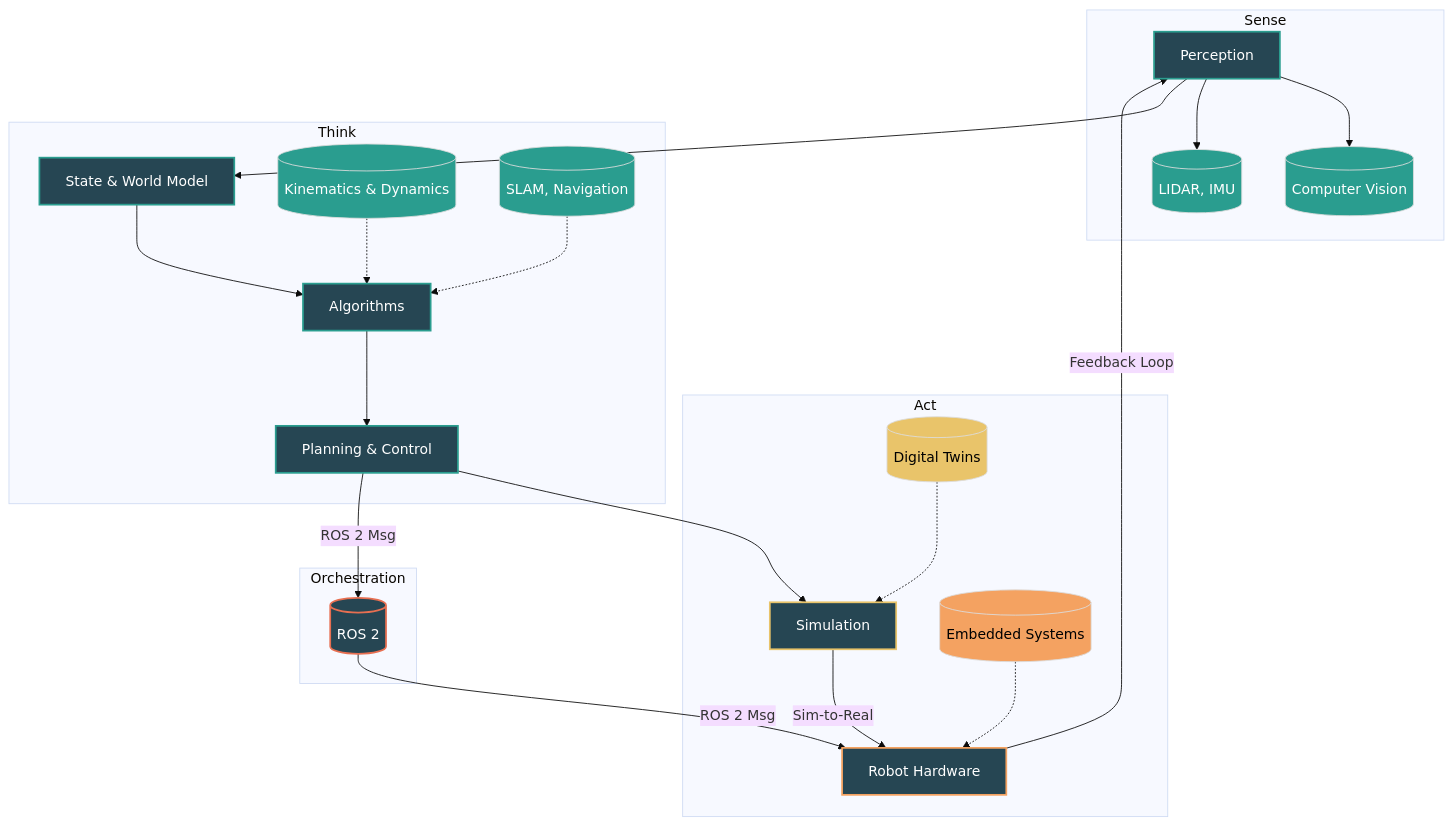
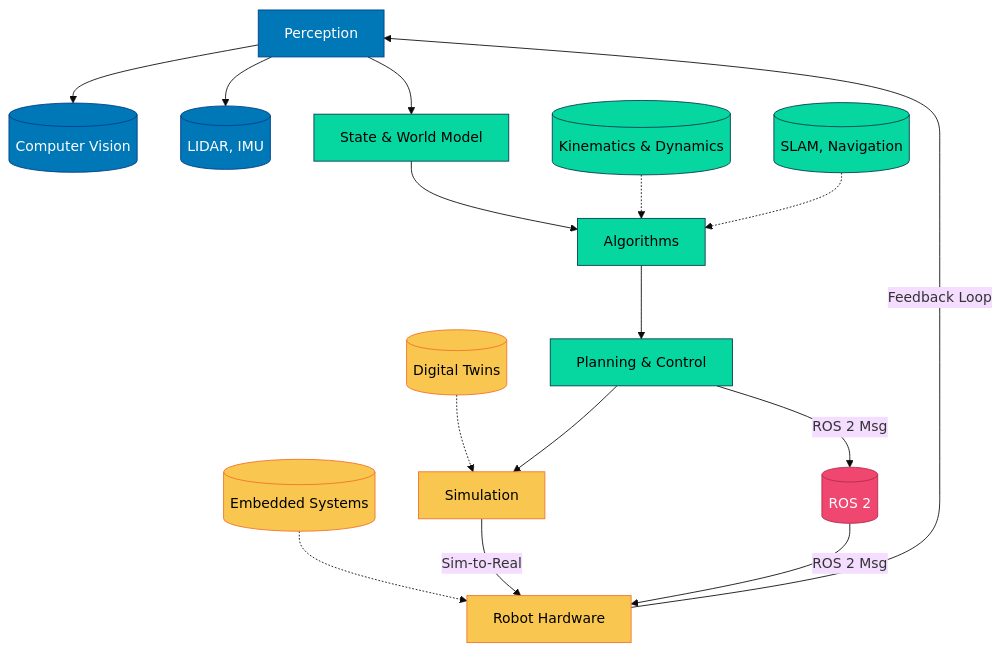
The diagram in README.md (devwithchai/devwithchai), drawn with Mermaid (base theme) before and after one commit.

Commit message:
Refactor mermaid diagram in README.md
Updated mermaid diagram styles and structure in README.

````diff
--- a/README.md
+++ b/README.md
@@ -116,64 +116,50 @@
 ```mermaid
 graph TD
-    subgraph "Sense"
-        A[Perception]
-        A_CV[(Computer Vision)]
-        A_LIDAR[(LIDAR, IMU)]
-        A --> A_CV
-        A --> A_LIDAR
-    end
+    A[Perception]
+    A_CV[(Computer Vision)]
+    A_LIDAR[(LIDAR, IMU)]
+    A --> A_CV
+    A --> A_LIDAR
 
-    subgraph "Think"
-        B[State & World Model]
-        C[Algorithms]
-        D[Planning & Control]
-        B --> C
-        C --> D
-        C_KD[("Kinematics & Dynamics")] -.-> C
-        C_SLAM[("SLAM, Navigation")] -.-> C
-    end
+    B[State & World Model]
+    C[Algorithms]
+    D[Planning & Control]
+    B --> C
+    C --> D
+    C_KD[("Kinematics & Dynamics")] -.-> C
+    C_SLAM[("SLAM, Navigation")] -.-> C
 
-    subgraph "Act"
-        E[Simulation]
-        F[Robot Hardware]
-        E_DT[(Digital Twins)] -.-> E
-        F_ES[(Embedded Systems)] -.-> F
-    end
+    E[Simulation]
+    F[Robot Hardware]
+    E_DT[(Digital Twins)] -.-> E
+    F_ES[(Embedded Systems)] -.-> F
 
-    subgraph "Orchestration"
-        ROS2[("ROS 2")]
-    end
+    ROS2[("ROS 2")]
 
     A --> B
     D --> E
     E -- "Sim-to-Real" --> F
     F -- "Feedback Loop" --> A
 
     D -- "ROS 2 Msg" --> ROS2
     ROS2 -- "ROS 2 Msg" --> F
 
-    %% Main process nodes
-    style A fill:#264653,stroke:#2A9D8F,stroke-width:2px,color:#fff
-    style B fill:#264653,stroke:#2A9D8F,stroke-width:2px,color:#fff
-    style C fill:#264653,stroke:#2A9D8F,stroke-width:2px,color:#fff
-    style D fill:#264653,stroke:#2A9D8F,stroke-width:2px,color:#fff
-    style E fill:#264653,stroke:#E9C46A,stroke-width:2px,color:#fff
-    style F fill:#264653,stroke:#F4A261,stroke-width:2px,color:#fff
-    style ROS2 fill:#264653,stroke:#E76F51,stroke-width:2px,color:#fff
-
-    %% Sub-item nodes
-    style A_CV fill:#2A9D8F,color:#fff
-    style A_LIDAR fill:#2A9D8F,color:#fff
-    style C_KD fill:#2A9D8F,color:#fff
-    style C_SLAM fill:#2A9D8F,color:#fff
-    style E_DT fill:#E9C46A,color:#000
-    style F_ES fill:#F4A261,color:#000
-
     %% Clickable links
     click C_KD "https://github.com/devwithchai/OpenKinematics" "View OpenKinematics repository" _blank
     click C_SLAM "https://github.com/devwithchai/MobileRobotics" "View Mobile Robotics repository" _blank
     click F_ES "https://github.com/devwithchai/MobileRobotics" "View Mobile Robotics repository" _blank
     click ROS2 "https://docs.ros.org/en/rolling/" "Go to ROS 2 Documentation" _blank
 
-    classDef default fill:#264653,stroke:#ddd,color:#fff
+    %% --- Styling ---
+    %% Define classes for each logical group
+    classDef sense fill:#0077b6,stroke:#023e8a,color:#fff
+    classDef think fill:#06d6a0,stroke:#073b4c,color:#000
+    classDef act fill:#f9c74f,stroke:#f3722c,color:#000
+    classDef orchestrate fill:#ef476f,stroke:#b22c49,color:#fff
+
+    %% Assign nodes to classes
+    class A,A_CV,A_LIDAR sense
+    class B,C,D,C_KD,C_SLAM think
+    class E,F,E_DT,F_ES act
+    class ROS2 orchestrate
 ```
````
